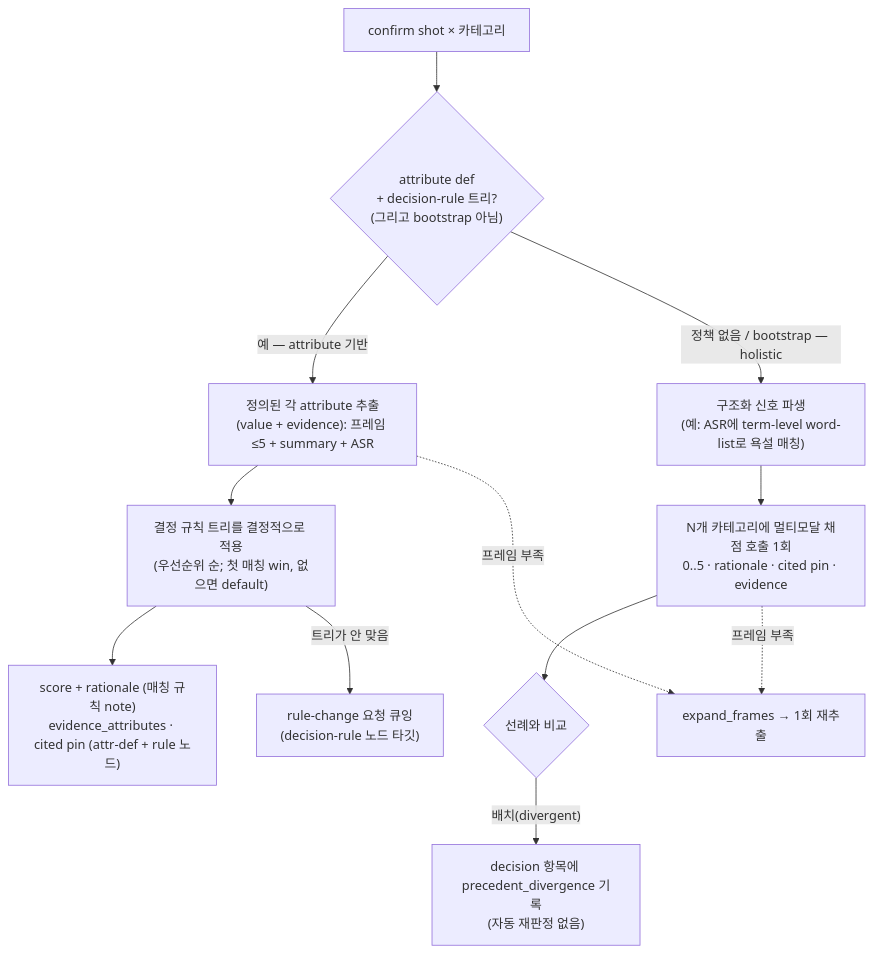
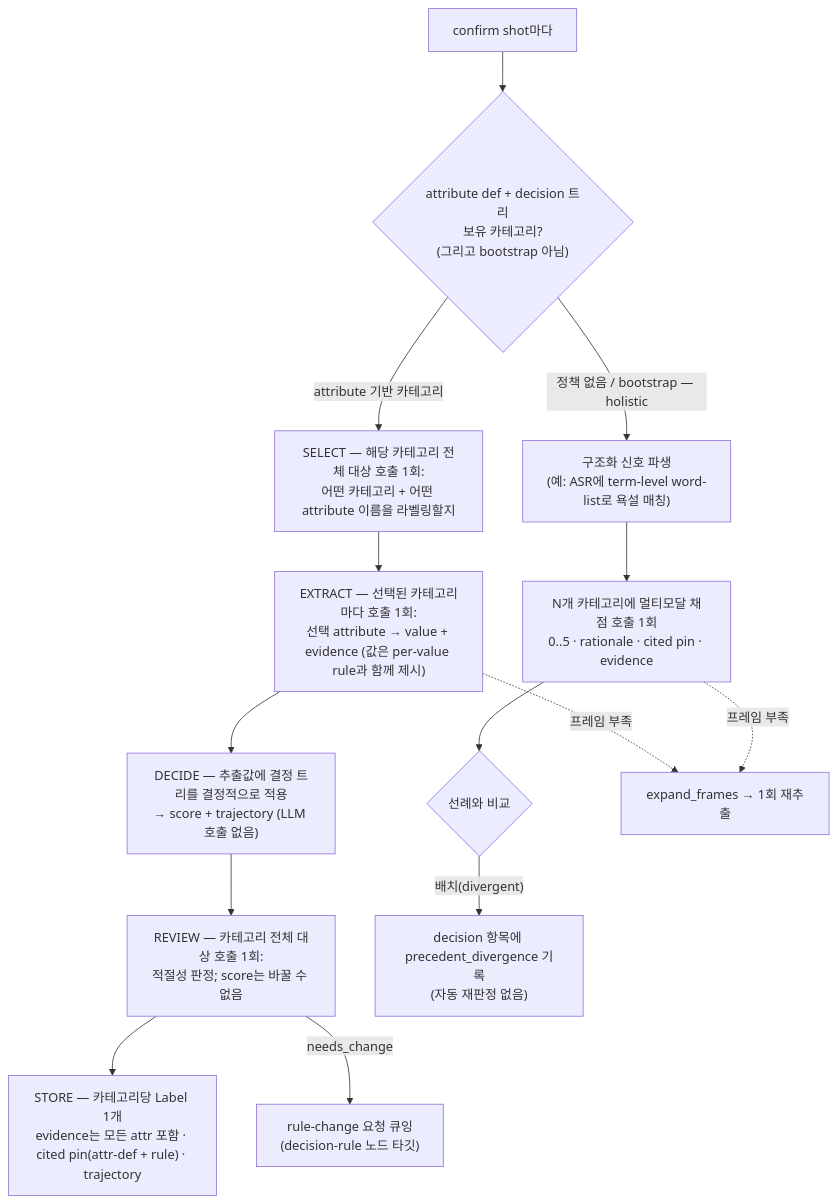
One commit to jhoowy/GV-Auto-Labelling-Agent changed the second of 2 diagrams in docs/AGENT_WORKFLOW.ko.md. Above: the diagram before and after it, drawn with Mermaid. The commit also changed other lines of this file and 3 other files, not shown here.

First line of the commit message:
labelling: rewrite JUDGE as SELECT -> EXTRACT -> DECIDE -> REVIEW -> STORE

````diff
--- a/docs/AGENT_WORKFLOW.ko.md
+++ b/docs/AGENT_WORKFLOW.ko.md
@@ -79,18 +83,20 @@
 ```mermaid
 flowchart TB
-  IN["confirm shot × 카테고리"]
-  IN --> Q{"attribute def<br/>+ decision-rule 트리?<br/>(그리고 bootstrap 아님)"}
+  IN["confirm shot마다"]
+  IN --> Q{"attribute def + decision 트리<br/>보유 카테고리?<br/>(그리고 bootstrap 아님)"}
 
-  Q -->|"예 — attribute 기반"| EX["정의된 각 attribute 추출<br/>(value + evidence): 프레임 ≤5 + summary + ASR"]
-  EX --> AP["결정 규칙 트리를 결정적으로 적용<br/>(우선순위 순; 첫 매칭 win, 없으면 default)"]
-  AP --> SC1["score + rationale (매칭 규칙 note)<br/>evidence_attributes · cited pin (attr-def + rule 노드)"]
-  AP -->|"트리가 안 맞음"| RC["rule-change 요청 큐잉<br/>(decision-rule 노드 타깃)"]
+  Q -->|"attribute 기반 카테고리"| SEL["SELECT — 해당 카테고리 전체 대상 호출 1회:<br/>어떤 카테고리 + 어떤 attribute 이름을 라벨링할지"]
+  SEL --> EXT["EXTRACT — 선택된 카테고리마다 호출 1회:<br/>선택 attribute → value + evidence (값은 per-value rule과 함께 제시)"]
+  EXT --> DEC["DECIDE — 추출값에 결정 트리를 결정적으로 적용<br/>→ score + trajectory (LLM 호출 없음)"]
+  DEC --> REV["REVIEW — 카테고리 전체 대상 호출 1회:<br/>적절성 판정; score는 바꿀 수 없음"]
+  REV --> STO["STORE — 카테고리당 Label 1개<br/>evidence는 모든 attr 포함 · cited pin(attr-def + rule) · trajectory"]
+  REV -->|"needs_change"| RC["rule-change 요청 큐잉<br/>(decision-rule 노드 타깃)"]
 
   Q -->|"정책 없음 / bootstrap — holistic"| HD["구조화 신호 파생<br/>(예: ASR에 term-level word-list로 욕설 매칭)"]
   HD --> HS["N개 카테고리에 멀티모달 채점 호출 1회<br/>0..5 · rationale · cited pin · evidence"]
   HS --> CK{"선례와 비교"}
   CK -->|"배치(divergent)"| ISS["decision 항목에 precedent_divergence 기록<br/>(자동 재판정 없음)"]
 
-  EX -.->|"프레임 부족"| EXP["expand_frames → 1회 재추출"]
+  EXT -.->|"프레임 부족"| EXP["expand_frames → 1회 재추출"]
   HS -.->|"프레임 부족"| EXP
 ```
````
